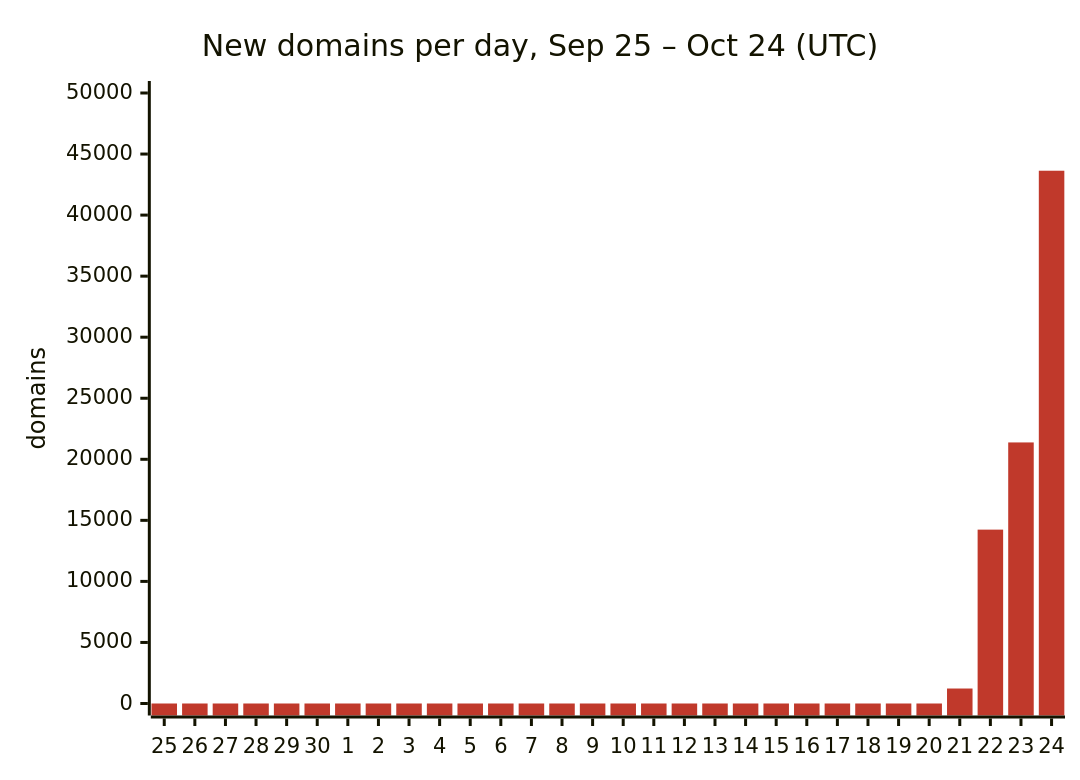
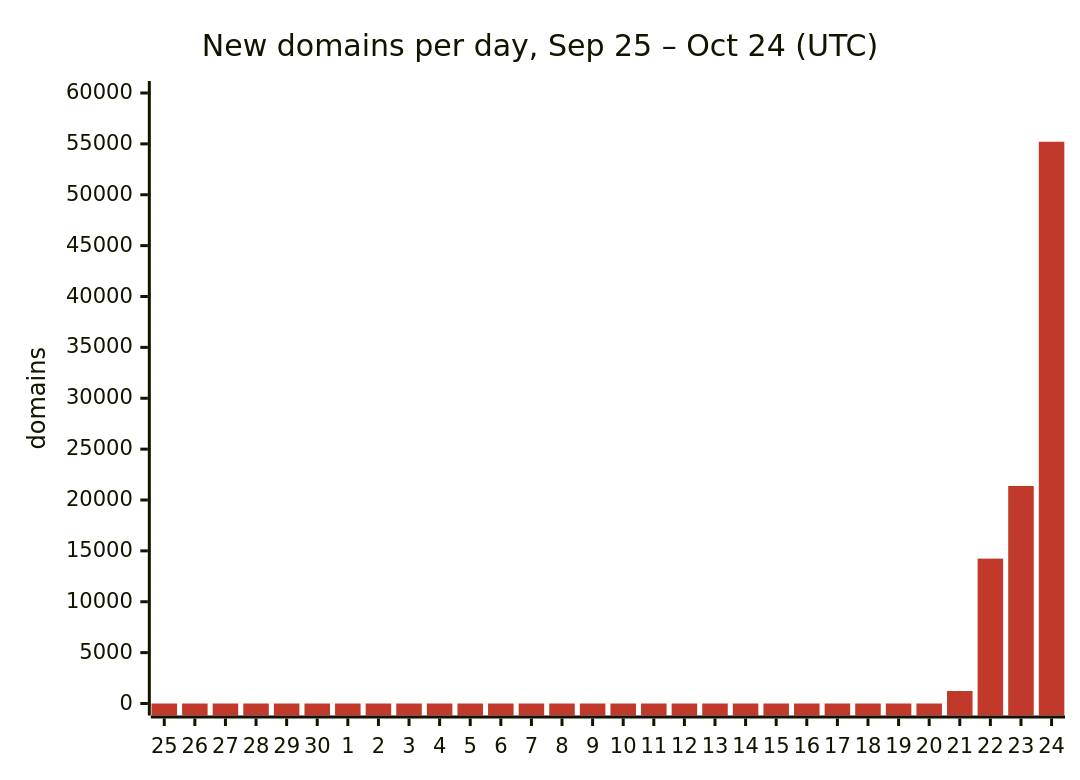
One commit to DNSBunker/CTI changed the first of 3 diagrams in README.md. Above: the diagram before and after it, drawn with Mermaid. The commit also changed other lines of this file and 3 other files, not shown here.

````diff
--- a/README.md
+++ b/README.md
@@ -29,8 +29,8 @@
 ```mermaid
 %%{init: {"themeVariables": {"xyChart": {"plotColorPalette": "#c0392b"}}}}%%
 xychart-beta
     title "New domains per day, Sep 25 – Oct 24 (UTC)"
     x-axis ["25", "26", "27", "28", "29", "30", "1", "2", "3", "4", "5", "6", "7", "8", "9", "10", "11", "12", "13", "14", "15", "16", "17", "18", "19", "20", "21", "22", "23", "24"]
-    y-axis "domains" 0 --> 50000
-    bar [0, 0, 0, 0, 0, 0, 0, 0, 0, 0, 0, 0, 0, 0, 0, 0, 0, 0, 0, 0, 0, 0, 0, 0, 0, 0, 1227, 14240, 21381, 43634]
+    y-axis "domains" 0 --> 60000
+    bar [0, 0, 0, 0, 0, 0, 0, 0, 0, 0, 0, 0, 0, 0, 0, 0, 0, 0, 0, 0, 0, 0, 0, 0, 0, 0, 1227, 14240, 21381, 55209]
 ```
````
